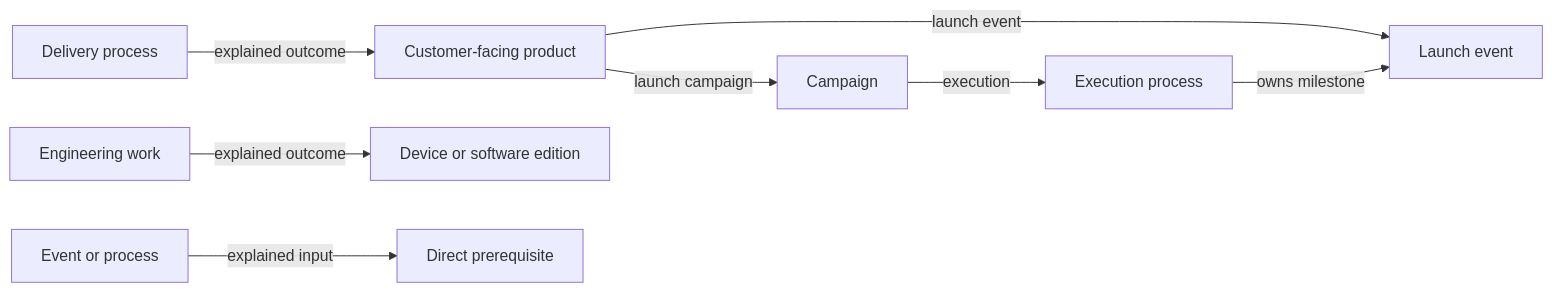
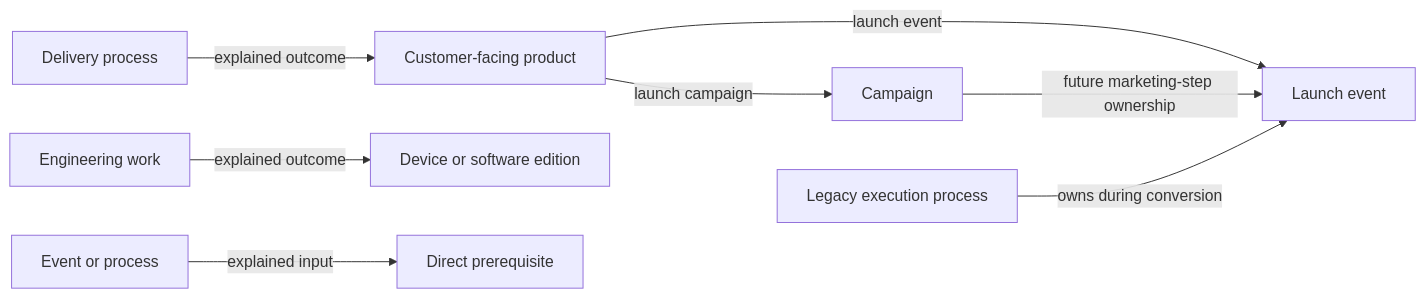
The diagram in docs/data_model/MODEL_GUIDE.md (venwry/aion_logix), drawn with Mermaid before and after one commit. The commit also changed other lines of this file and 29 other files, not shown here.

Commit message:
Support independent campaign timelines and propose individual conversions

````diff
--- a/docs/data_model/MODEL_GUIDE.md
+++ b/docs/data_model/MODEL_GUIDE.md
@@ -84,10 +84,10 @@
 ```mermaid
 flowchart LR
   Product[Customer-facing product] -->|launch campaign| Campaign[Campaign]
   Product -->|launch event| Launch[Launch event]
-  Campaign -->|execution| Execution[Execution process]
-  Execution -->|owns milestone| Launch
+  Campaign -->|future marketing-step ownership| Launch
+  Execution[Legacy execution process] -->|owns during conversion| Launch
   Delivery[Delivery process] -->|explained outcome| Product
   Technical[Engineering work] -->|explained outcome| Definition[Device or software edition]
   Activity[Event or process] -->|explained input| Prerequisite[Direct prerequisite]
 ```
````
